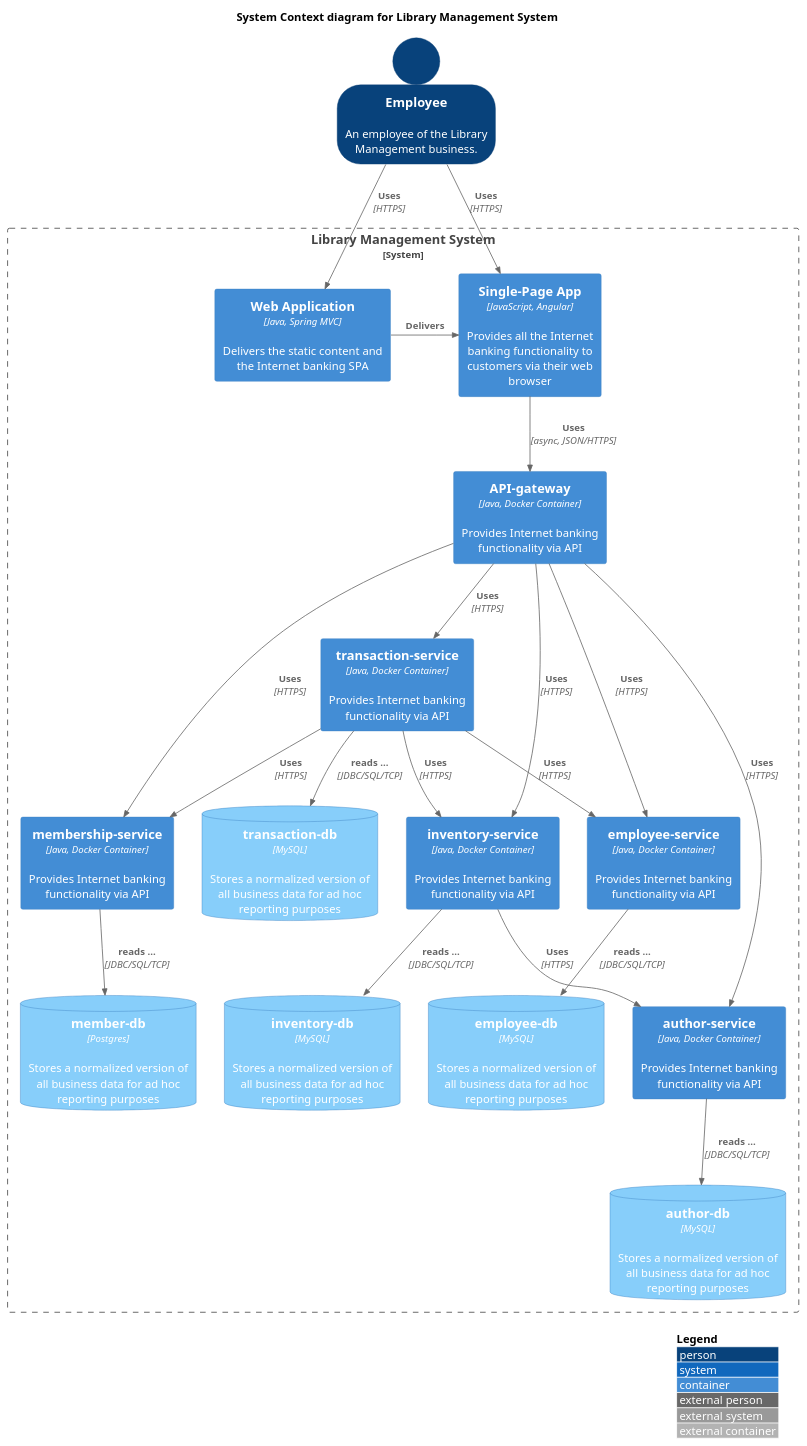
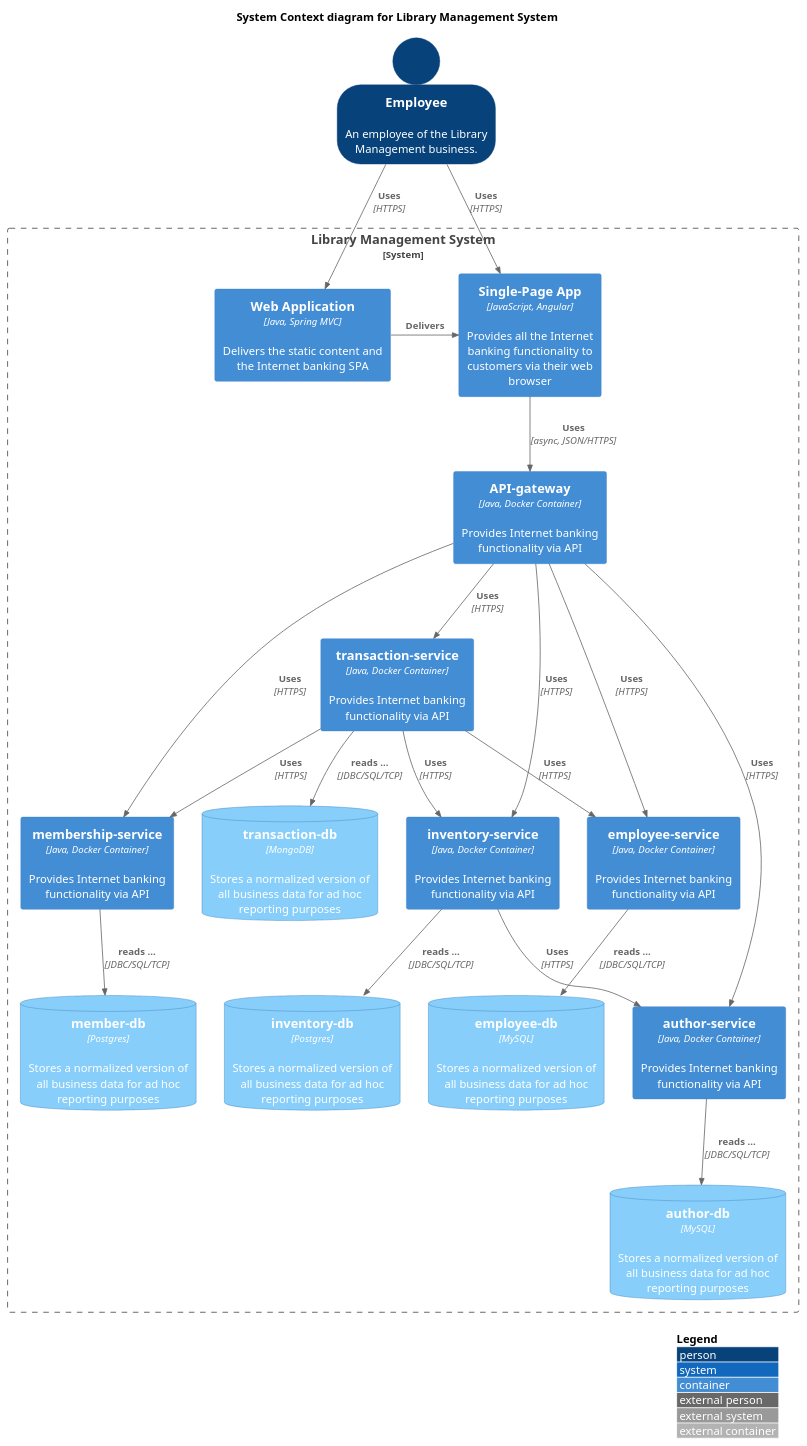
The diagram in LibraryManagementC4Level2.puml (isaacwallace123/LibraryMicroservice), drawn with PlantUML before and after one commit. The commit also changed 44 other files, not shown here.

```diff
--- a/LibraryManagementC4Level2.puml
+++ b/LibraryManagementC4Level2.puml
@@ -1,59 +1,59 @@
 @startuml
 !include https://raw.githubusercontent.com/plantuml-stdlib/C4-PlantUML/master/C4_Container.puml
 ' uncomment the following line and comment the first to use locally
 ' !include C4_Container.puml
 
 ' LAYOUT_TOP_DOWN()
 ' LAYOUT_AS_SKETCH()
 LAYOUT_WITH_LEGEND()
 AddElementTag("microService", $shape=EightSidedShape(), $bgColor="CornflowerBlue", $fontColor="white", $legendText="micro service\neight sided")
 AddElementTag("storage", $shape=RoundedBoxShape(), $bgColor="lightSkyBlue", $fontColor="white")
 
 SHOW_PERSON_OUTLINE()
 
 title System Context diagram for Library Management System
 
 Person(employee, "Employee", "An employee of the Library Management business.")
 
 
 System_Boundary(c1, "Library Management System") {
     Container(web_app, "Web Application", "Java, Spring MVC", "Delivers the static content and the Internet banking SPA")
     Container(spa, "Single-Page App", "JavaScript, Angular", "Provides all the Internet banking functionality to customers via their web browser")
     Container(api_gateway, "API-gateway", "Java, Docker Container", "Provides Internet banking functionality via API")
     Container(ts, "transaction-service", "Java, Docker Container", "Provides Internet banking functionality via API")
     Container(ms, "membership-service", "Java, Docker Container", "Provides Internet banking functionality via API")
     Container(is, "inventory-service", "Java, Docker Container", "Provides Internet banking functionality via API")
     Container(as, "author-service", "Java, Docker Container", "Provides Internet banking functionality via API")
     Container(es, "employee-service", "Java, Docker Container", "Provides Internet banking functionality via API")
     ContainerDb(memb_db, "member-db", "Postgres", "Stores a normalized version of all business data for ad hoc reporting purposes", $tags = "storage")
     ContainerDb(empl_db, "employee-db", "MySQL", "Stores a normalized version of all business data for ad hoc reporting purposes", $tags = "storage")
-    ContainerDb(invent_db, "inventory-db", "MySQL", "Stores a normalized version of all business data for ad hoc reporting purposes", $tags = "storage")
+    ContainerDb(invent_db, "inventory-db", "Postgres", "Stores a normalized version of all business data for ad hoc reporting purposes", $tags = "storage")
     ContainerDb(author_db, "author-db", "MySQL", "Stores a normalized version of all business data for ad hoc reporting purposes", $tags = "storage")
-    ContainerDb(trans_db, "transaction-db", "MySQL", "Stores a normalized version of all business data for ad hoc reporting purposes", $tags = "storage")
+    ContainerDb(trans_db, "transaction-db", "MongoDB", "Stores a normalized version of all business data for ad hoc reporting purposes", $tags = "storage")
 }
 
 Rel_Neighbor(web_app, spa, "Delivers")
 Rel(spa, api_gateway, "Uses", "async, JSON/HTTPS")
 
 Rel(employee, web_app, "Uses", "HTTPS")
 Rel(employee, spa, "Uses", "HTTPS")
 
 Rel(api_gateway, ts, "Uses", "HTTPS")
 Rel(api_gateway, es, "Uses", "HTTPS")
 Rel(api_gateway, is, "Uses", "HTTPS")
 Rel(api_gateway, as, "Uses", "HTTPS")
 Rel(api_gateway, ms, "Uses", "HTTPS")
 
 Rel(is, as, "Uses", "HTTPS")
 
 Rel(ts, is, "Uses", "HTTPS")
 Rel(ts, ms, "Uses", "HTTPS")
 Rel(ts, es, "Uses", "HTTPS")
 
 Rel_D(as, author_db, "reads ...", "JDBC/SQL/TCP")
 Rel_D(es, empl_db, "reads ...", "JDBC/SQL/TCP")
 Rel_D(is, invent_db, "reads ...", "JDBC/SQL/TCP")
 Rel_D(ms, memb_db, "reads ...", "JDBC/SQL/TCP")
 Rel_D(ts, trans_db, "reads ...", "JDBC/SQL/TCP")
 
 @enduml
```
